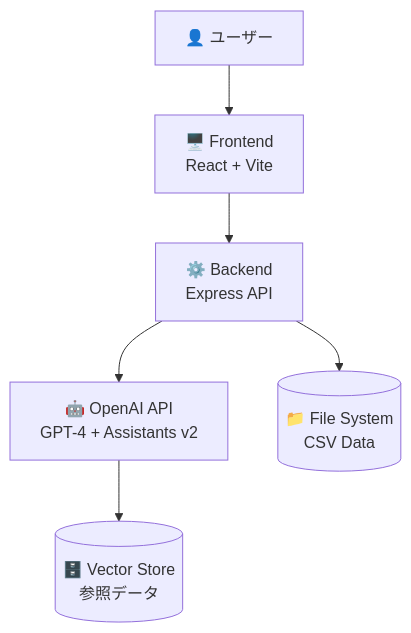
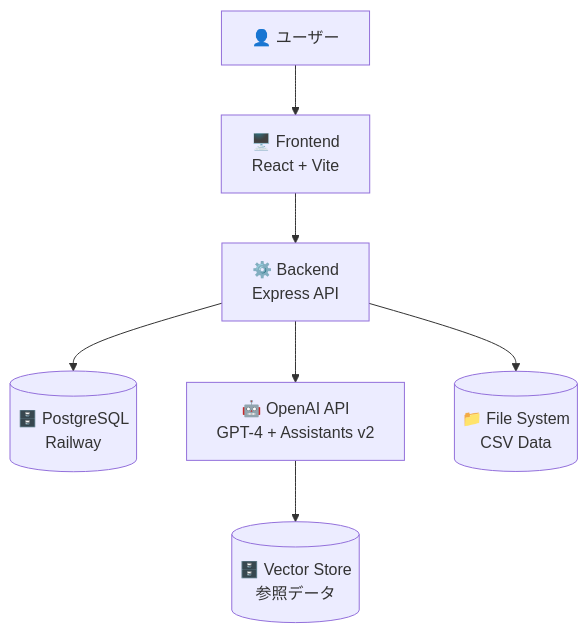
Before and after one commit to The-botch/shift-scheduler-ai: the first of 2 diagrams in docs/ARCHITECTURE.md, drawn with Mermaid. The commit also changed other lines of this file and 11 other files, not shown here.

````diff
--- a/docs/ARCHITECTURE.md
+++ b/docs/ARCHITECTURE.md
@@ -10,8 +10,9 @@
 ```mermaid
 graph TB
     User[👤 ユーザー] --> Frontend[🖥️ Frontend<br/>React + Vite]
     Frontend --> Backend[⚙️ Backend<br/>Express API]
+    Backend --> Database[(🗄️ PostgreSQL<br/>Railway)]
     Backend --> OpenAI[🤖 OpenAI API<br/>GPT-4 + Assistants v2]
     Backend --> FileSystem[(📁 File System<br/>CSV Data)]
     OpenAI --> VectorStore[(🗄️ Vector Store<br/>参照データ)]
 ```
````
